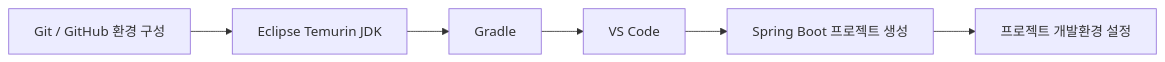
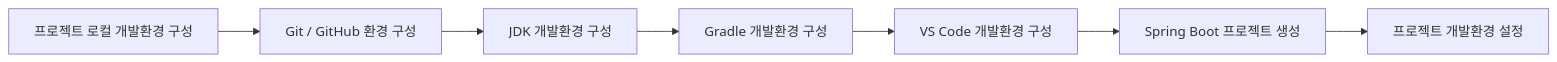
One commit to Team-Microserver/microserver-docs changed the first of 2 diagrams in docs/01_project_start/02_environment/java/jdk_setup.md. Above: the diagram before and after it, drawn with Mermaid. The commit also changed other lines of this file and 9 other files, not shown here.

````diff
--- a/docs/01_project_start/02_environment/java/jdk_setup.md
+++ b/docs/01_project_start/02_environment/java/jdk_setup.md
@@ -37,8 +27,10 @@
 ```mermaid
 flowchart LR
-    A[Git / GitHub 환경 구성] --> B[Eclipse Temurin JDK]
-    B --> C[Gradle]
-    C --> D[VS Code]
-    D --> E[Spring Boot 프로젝트 생성]
-    E --> F[프로젝트 개발환경 설정]
+    A["프로젝트 로컬 개발환경 구성"]
+    --> B["Git / GitHub 환경 구성"]
+    --> C["JDK 개발환경 구성"]
+    --> D["Gradle 개발환경 구성"]
+    --> E["VS Code 개발환경 구성"]
+    --> F["Spring Boot 프로젝트 생성"]
+    --> G["프로젝트 개발환경 설정"]
 ```
````
